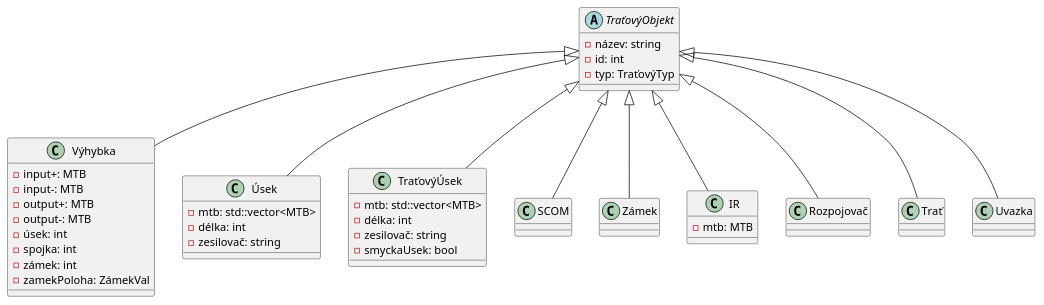
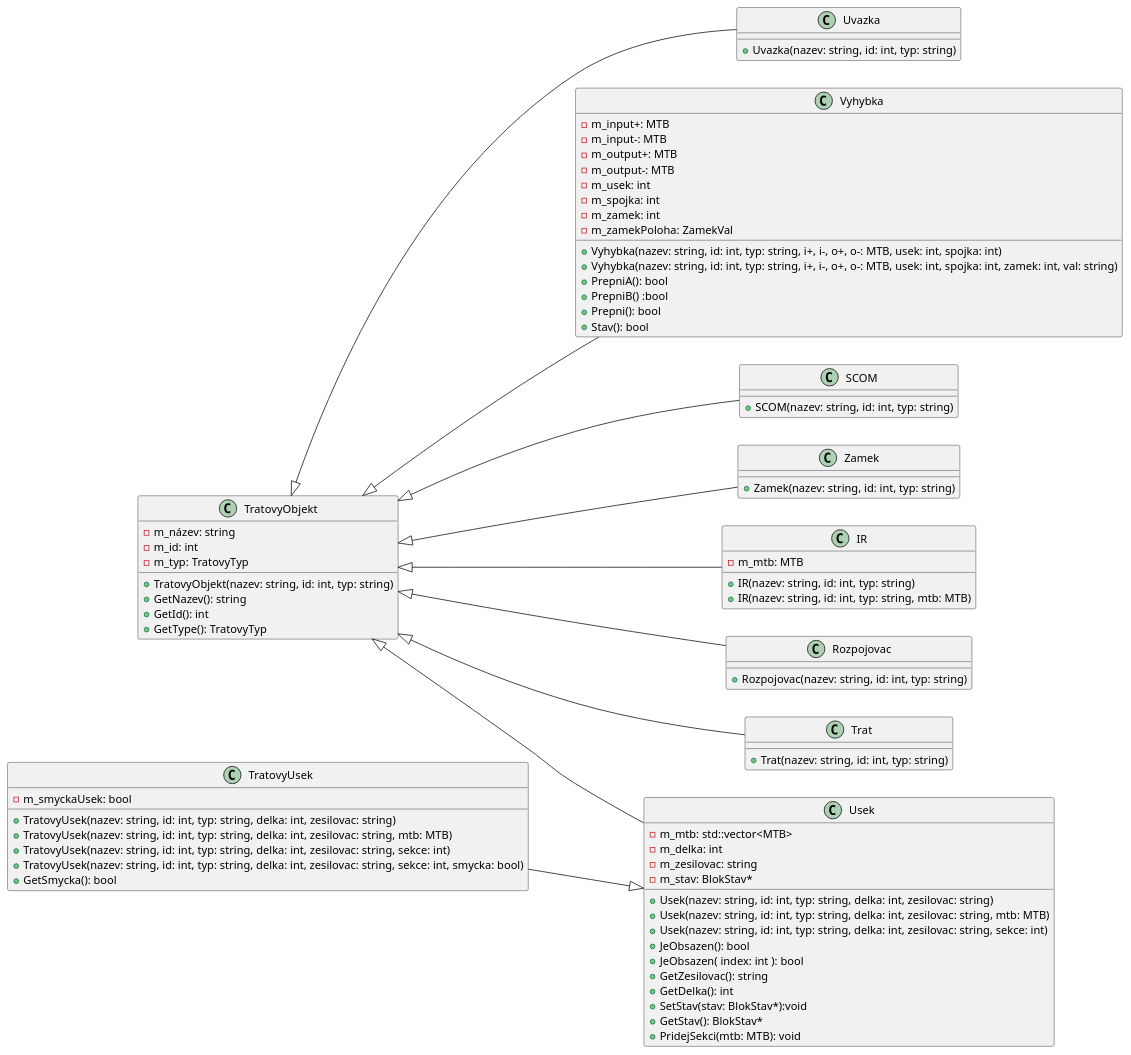
One commit to LANeo64/RKDlib changed the diagram in Model/Class_trat.adoc. Above: the diagram before and after it, drawn with PlantUML. The commit also changed 8 other files, not shown here.

```diff
--- a/Model/Class_trat.adoc
+++ b/Model/Class_trat.adoc
@@ -1,60 +1,87 @@
 [plantuml, "Class-trat", png]
 ....
+'scale 970 width
+left to right direction
 '###############################################################################
 ' definice tříd zde
 '###############################################################################
-abstract class TraťovýObjekt{
-	- název: string
-	- id: int
-	- typ: TraťovýTyp
+class TratovyObjekt{
+	- m_název: string
+	- m_id: int
+	- m_typ: TratovyTyp
+	+ TratovyObjekt(nazev: string, id: int, typ: string)
+	+ GetNazev(): string
+	+ GetId(): int
+	+ GetType(): TratovyTyp
 }
 
-class Výhybka {
-	- input+: MTB
-  - input-: MTB
-  - output+: MTB
-  - output-: MTB
-	- úsek: int
-	- spojka: int
-	- zámek: int
-	- zamekPoloha: ZámekVal
+class Vyhybka {
+	- m_input+: MTB
+  - m_input-: MTB
+  - m_output+: MTB
+  - m_output-: MTB
+	- m_usek: int
+	- m_spojka: int
+	- m_zamek: int
+	- m_zamekPoloha: ZamekVal
+	+ Vyhybka(nazev: string, id: int, typ: string, i+, i-, o+, o-: MTB, usek: int, spojka: int)
+  + Vyhybka(nazev: string, id: int, typ: string, i+, i-, o+, o-: MTB, usek: int, spojka: int, zamek: int, val: string)
+	+ PrepniA(): bool
+	+ PrepniB() :bool
+	+ Prepni(): bool
+	+ Stav(): bool
 }
 
-class Úsek {
-	- mtb: std::vector<MTB>
-	- délka: int
-	- zesilovač: string
+class Usek {
+	- m_mtb: std::vector<MTB>
+	- m_delka: int
+	- m_zesilovac: string
+	- m_stav: BlokStav*
+	+ Usek(nazev: string, id: int, typ: string, delka: int, zesilovac: string)
+	+ Usek(nazev: string, id: int, typ: string, delka: int, zesilovac: string, mtb: MTB)
+	+ Usek(nazev: string, id: int, typ: string, delka: int, zesilovac: string, sekce: int)
+	+ JeObsazen(): bool
+	+ JeObsazen( index: int ): bool
+	+ GetZesilovac(): string
+	+ GetDelka(): int
+	+ SetStav(stav: BlokStav*):void
+	+ GetStav(): BlokStav*
+	+ PridejSekci(mtb: MTB): void
 }
 
-class TraťovýÚsek {
-  - mtb: std::vector<MTB>
-	- délka: int
-	- zesilovač: string
-	- smyckaUsek: bool
+class TratovyUsek {
+	- m_smyckaUsek: bool
+  + TratovyUsek(nazev: string, id: int, typ: string, delka: int, zesilovac: string)
+	+ TratovyUsek(nazev: string, id: int, typ: string, delka: int, zesilovac: string, mtb: MTB)
+	+ TratovyUsek(nazev: string, id: int, typ: string, delka: int, zesilovac: string, sekce: int)
+  + TratovyUsek(nazev: string, id: int, typ: string, delka: int, zesilovac: string, sekce: int, smycka: bool)
+	+ GetSmycka(): bool
 }
 
 class SCOM {
-
+	+ SCOM(nazev: string, id: int, typ: string)
 }
 
-class Zámek {
-
+class Zamek {
+	+ Zamek(nazev: string, id: int, typ: string)
 }
 
 class IR {
-	- mtb: MTB
+	- m_mtb: MTB
+	+ IR(nazev: string, id: int, typ: string)
+	+ IR(nazev: string, id: int, typ: string, mtb: MTB)
 }
 
-class Rozpojovač {
-
+class Rozpojovac {
+	+ Rozpojovac(nazev: string, id: int, typ: string)
 }
 
-class Trať {
-
+class Trat {
+	+ Trat(nazev: string, id: int, typ: string)
 }
 
 class Uvazka {
-
+	+ Uvazka(nazev: string, id: int, typ: string)
 }
 
 '###############################################################################
@@ -66,14 +93,17 @@
 ' linky, asociace, agregace, kompozice a dědičnosti zde
 '###############################################################################
 
-TraťovýObjekt <|-- Výhybka
-TraťovýObjekt <|-- Úsek
-TraťovýObjekt <|-- TraťovýÚsek
-TraťovýObjekt <|-- SCOM
-TraťovýObjekt <|-- Zámek
-TraťovýObjekt <|-- IR
-TraťovýObjekt <|-- Rozpojovač
-TraťovýObjekt <|-- Trať
-TraťovýObjekt <|-- Uvazka
+TratovyObjekt <|-- Vyhybka
+TratovyObjekt <|-- Usek
+TratovyObjekt <|-[hidden]right-TratovyUsek
+TratovyObjekt <|-- SCOM
+TratovyObjekt <|-- Zamek
+TratovyObjekt <|-- IR
+TratovyObjekt <|-- Rozpojovac
+TratovyObjekt <|-- Trat
+TratovyObjekt <|-- Uvazka
+
+Usek <|-up- TratovyUsek
+
 
 ....
```
